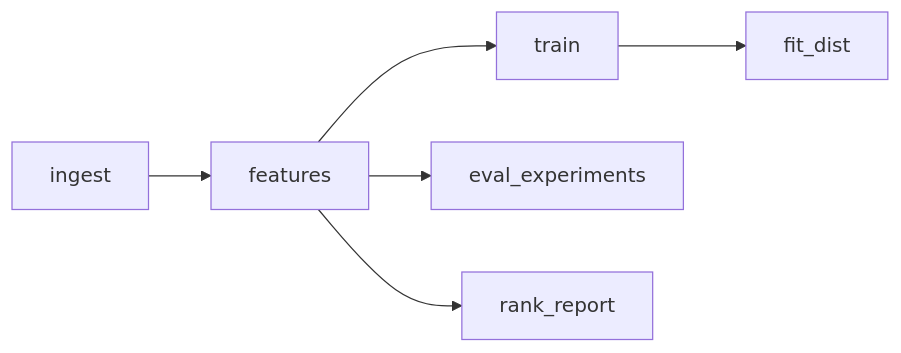
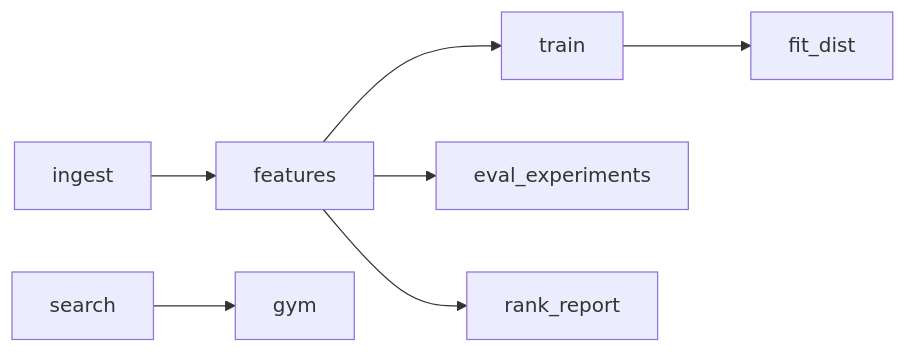
Before and after one commit to blackgauss/FPL: the diagram in docs/Pipelines.md, drawn with Mermaid. The commit also changed other lines of this file and 10 other files, not shown here.

Commit message:
refactor(dvc): make package pipeline canonical for search and gym

````diff
--- a/docs/Pipelines.md
+++ b/docs/Pipelines.md
@@ -24,8 +25,9 @@
 ```mermaid
 graph LR
   ingest --> features
   features --> train
   train --> fit_dist
   features --> eval_experiments
   features --> rank_report
+  search --> gym
 ```
````
